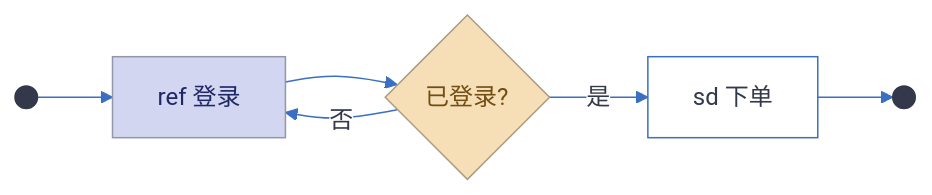
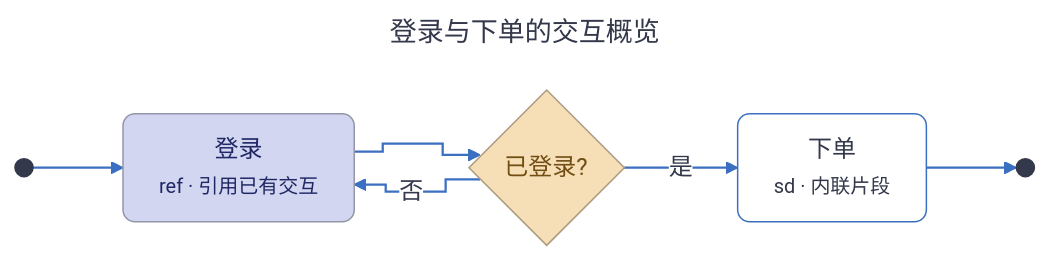
One commit to huang-hee/diagram-kit changed diagram 11 of 45 in docs/画图指南.md. Above: the diagram before and after it, drawn with Mermaid. The commit also changed other lines of this file and 248 other files, not shown here.

First line of the commit message:
feat: 示例按统一风格重做，补齐 42 张 drawio 整图示例，默认工具改为 drawio

````diff
--- a/docs/画图指南.md
+++ b/docs/画图指南.md
@@ -868,35 +918,43 @@
 ```mermaid
 ---
+title: "登录与下单的交互概览"
 config:
   theme: base
   fontFamily: "PingFang SC, Microsoft YaHei, Noto Sans CJK SC, Source Han Sans SC, sans-serif"
+  flowchart:
+    curve: "step"
+    nodeSpacing: 50
+    rankSpacing: 60
+    padding: 12
+    wrappingWidth: 300
   themeVariables:
     background: "#FFFFFF"
     primaryColor: "#FFFFFF"
     primaryBorderColor: "#3B6FC2"
     primaryTextColor: "#33384A"
     nodeTextColor: "#33384A"
     secondaryColor: "#FBDBD1"
     tertiaryColor: "#EBF1F9"
     lineColor: "#3B6FC2"
     textColor: "#33384A"
     clusterBkg: "#EBF1F9"
     clusterBorder: "#3B6FC2"
     edgeLabelBackground: "#FFFFFF"
     titleColor: "#33384A"
     noteBkgColor: "#FFF6CE"
     noteBorderColor: "#A6A086"
     noteTextColor: "#33384A"
 ---
 flowchart LR
-  S(( )):::bar --> R1[ref 登录]:::occurrence
+  S(( )):::bar --> R1["登录<br><small>ref · 引用已有交互</small>"]:::occurrence
   R1 --> D{已登录?}:::decision
-  D -- 是 --> R2[sd 下单]:::frame
+  D -- 是 --> R2["下单<br><small>sd · 内联片段</small>"]:::frame
   D -- 否 --> R1
   R2 --> E(( )):::bar
-classDef frame fill:#FFFFFF,stroke:#3B6FC2,color:#33384A
-classDef occurrence fill:#D2D6F1,stroke:#9396A9,color:#1F2865
-classDef decision fill:#F6DEB6,stroke:#AC9B7F,color:#714E14
-classDef bar fill:#33384A,stroke:#33384A,color:#FFFFFF
+classDef frame fill:#FFFFFF,stroke:#3B6FC2,color:#33384A,rx:8,ry:8
+classDef occurrence fill:#D2D6F1,stroke:#9396A9,color:#1F2865,rx:8,ry:8
+classDef decision fill:#F6DEB6,stroke:#AC9B7F,color:#714E14,rx:8,ry:8
+classDef bar fill:#33384A,stroke:#33384A,color:#FFFFFF,rx:8,ry:8
 %% 用法：节点 A:::frame 或 class A,B frame
+linkStyle default stroke-width:1.5px
 ```
````
